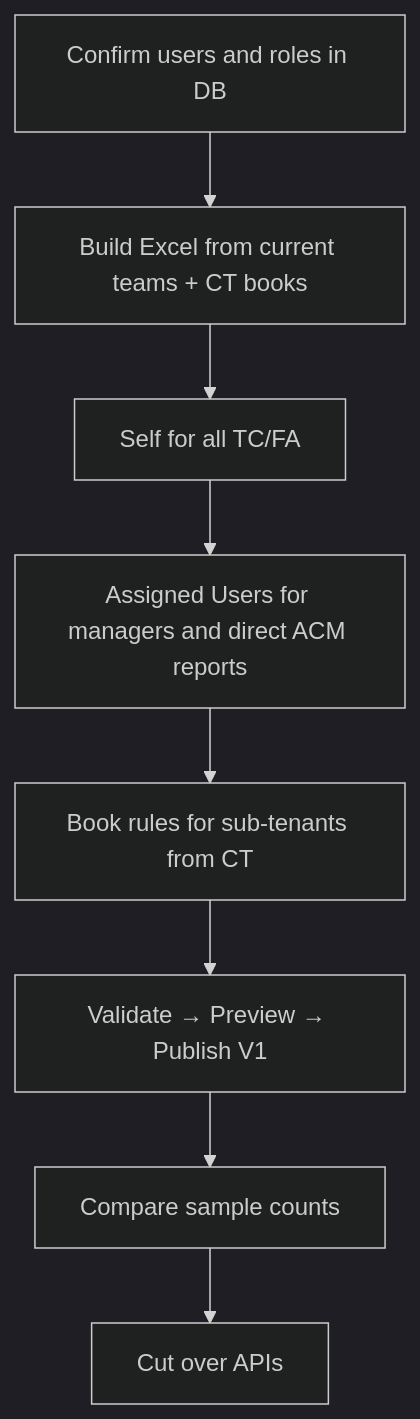
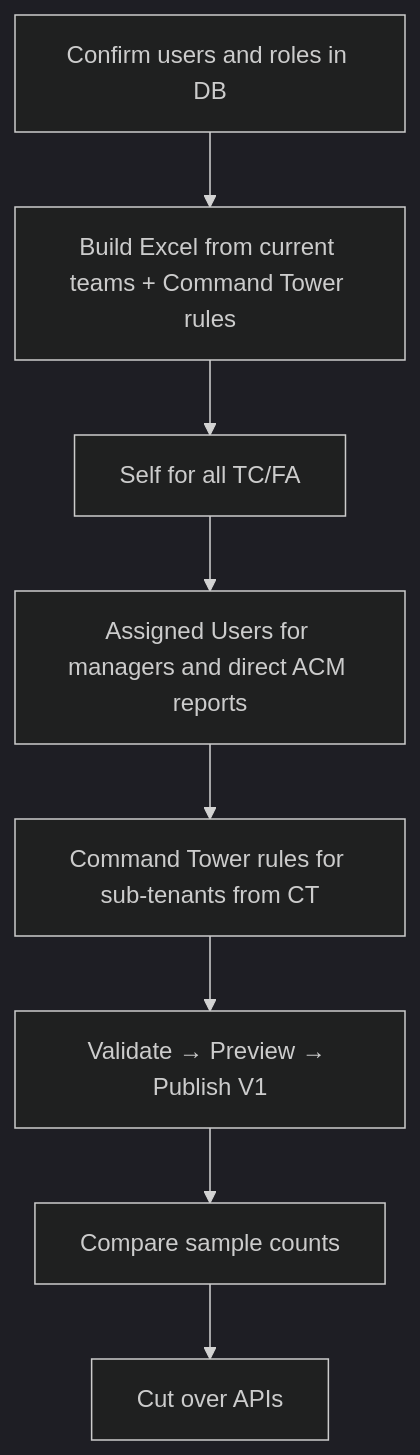
Before and after one commit to shubhamgrayopus/collekto-hierarchy-solution: diagram 12 of 14 in Collekto-AuthZ-Visibility-Impact-Understanding.md, drawn with Mermaid (dark theme). The commit also changed other lines of this file and 2 other files, not shown here.

Commit message:
Use Command Tower rules team terminology across the understanding docs.

````diff
--- a/Collekto-AuthZ-Visibility-Impact-Understanding.md
+++ b/Collekto-AuthZ-Visibility-Impact-Understanding.md
@@ -299,12 +299,12 @@
 ```mermaid
 flowchart TD
   A[Confirm users and roles in DB]
-  B[Build Excel from current teams + CT books]
+  B[Build Excel from current teams + Command Tower rules]
   C[Self for all TC/FA]
   D[Assigned Users for managers and direct ACM reports]
-  E[Book rules for sub-tenants from CT]
+  E[Command Tower rules for sub-tenants from CT]
   F[Validate → Preview → Publish V1]
   G[Compare sample counts]
   H[Cut over APIs]
   A --> B --> C --> D --> E --> F --> G --> H
 ```
````
